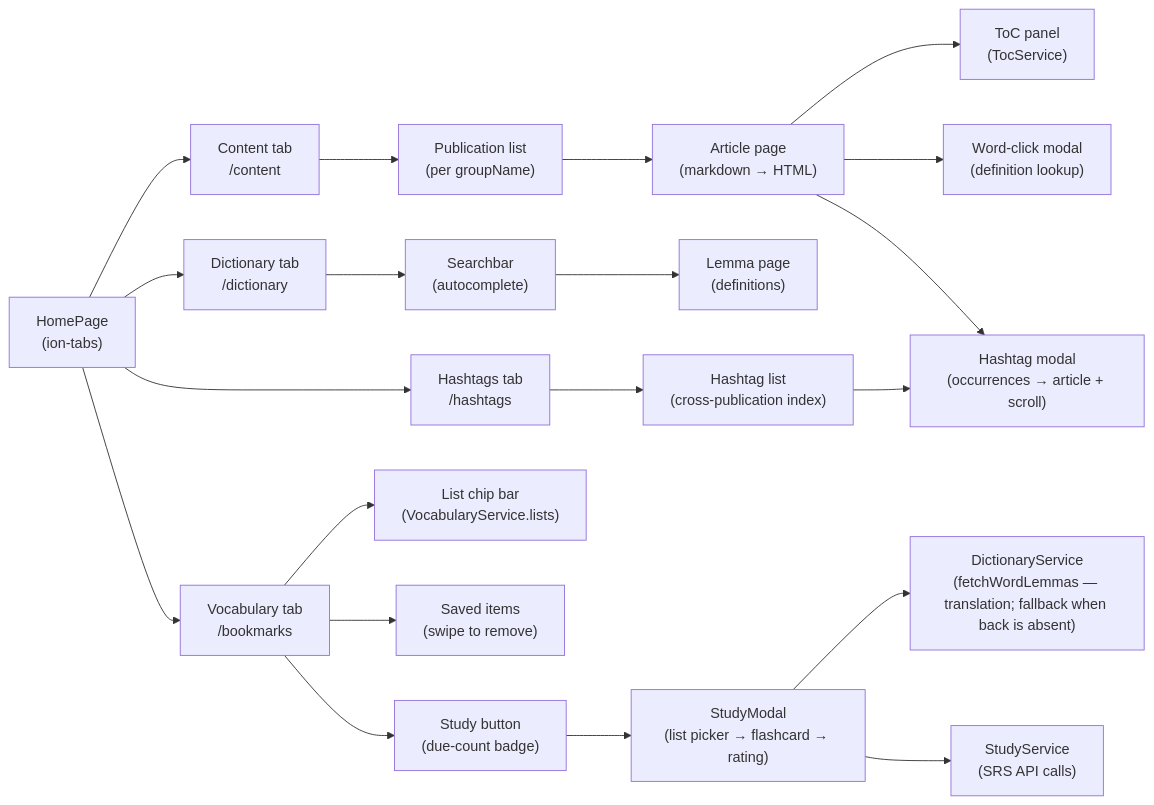
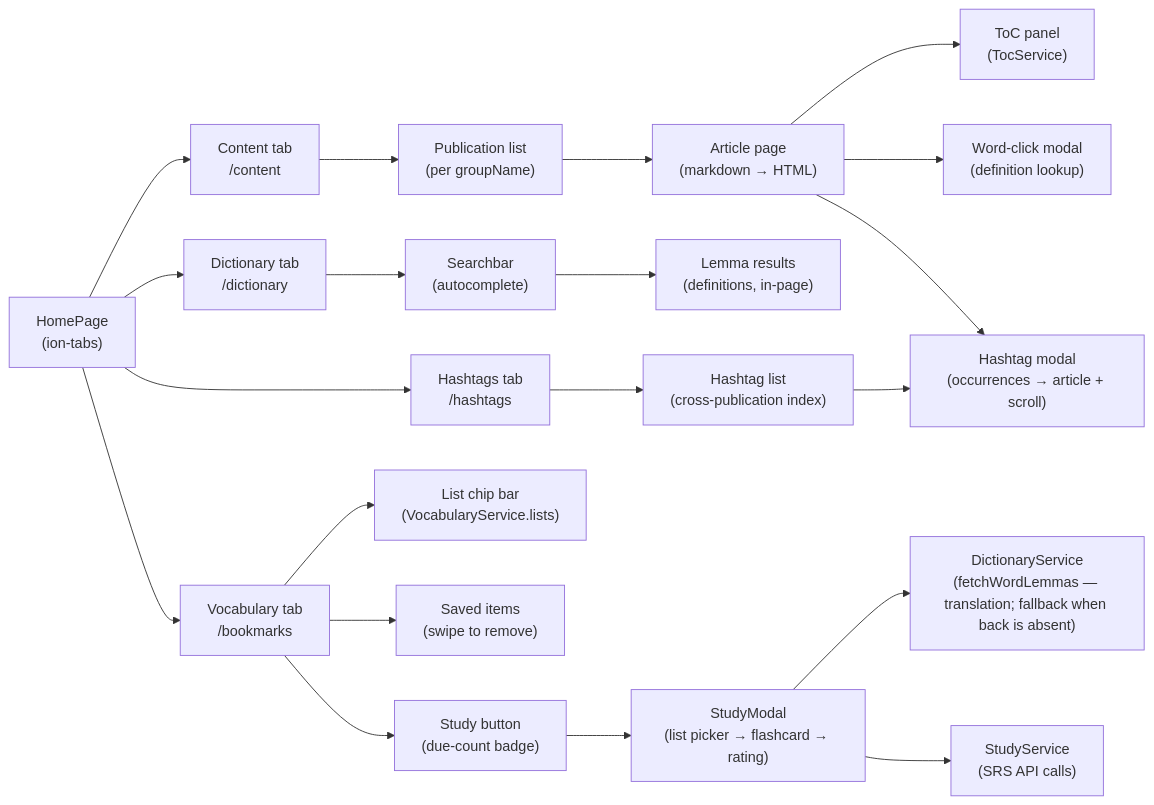
One commit to remarcmij/taalwiz-mono changed the fifth of 17 diagrams in apps/web/ARCHITECTURE.md. Above: the diagram before and after it, drawn with Mermaid. The commit also changed other lines of this file and 1 other file, not shown here.

Commit message:
refactor(web): remove unused :lang/:word dictionary route
The route has existed since the initial commit but was never wired up:
nothing ever navigated to a two-segment dictionary path, and
DictionaryPage never read ActivatedRoute params. Words reach the page
as in-memory state via DictionaryService.lookup() instead.

Update ARCHITECTURE.md to match: drop the route from the home-tabs
diagram, and reword the section 4.2 node from "Lemma page" to "Lemma
results (in-page)", which no longer implies a routed lemma page.

````diff
--- a/apps/web/ARCHITECTURE.md
+++ b/apps/web/ARCHITECTURE.md
@@ -251,27 +250,27 @@
 ```mermaid
 graph LR
     HomePage["HomePage\n(ion-tabs)"]
     HomePage --> Content["Content tab\n/content"]
     HomePage --> Dictionary["Dictionary tab\n/dictionary"]
     HomePage --> Hashtags["Hashtags tab\n/hashtags"]
     HomePage --> Vocabulary["Vocabulary tab\n/bookmarks"]
 
     Content --> Publication["Publication list\n(per groupName)"]
     Publication --> Article["Article page\n(markdown → HTML)"]
     Article --> TOC["ToC panel\n(TocService)"]
     Article --> WordModal["Word-click modal\n(definition lookup)"]
 
     Dictionary --> Searchbar["Searchbar\n(autocomplete)"]
-    Searchbar --> Lemma["Lemma page\n(definitions)"]
+    Searchbar --> Lemma["Lemma results\n(definitions, in-page)"]
 
     Hashtags --> HashtagList["Hashtag list\n(cross-publication index)"]
     HashtagList --> HashtagModal["Hashtag modal\n(occurrences → article + scroll)"]
     Article --> HashtagModal
 
     Vocabulary --> ChipBar["List chip bar\n(VocabularyService.lists)"]
     Vocabulary --> WordList["Saved items\n(swipe to remove)"]
     Vocabulary --> StudyBtn["Study button\n(due-count badge)"]
     StudyBtn --> StudyModal["StudyModal\n(list picker → flashcard → rating)"]
     StudyModal --> DictSvc["DictionaryService\n(fetchWordLemmas — translation; fallback when back is absent)"]
     StudyModal --> StudySvc["StudyService\n(SRS API calls)"]
 ```
````
